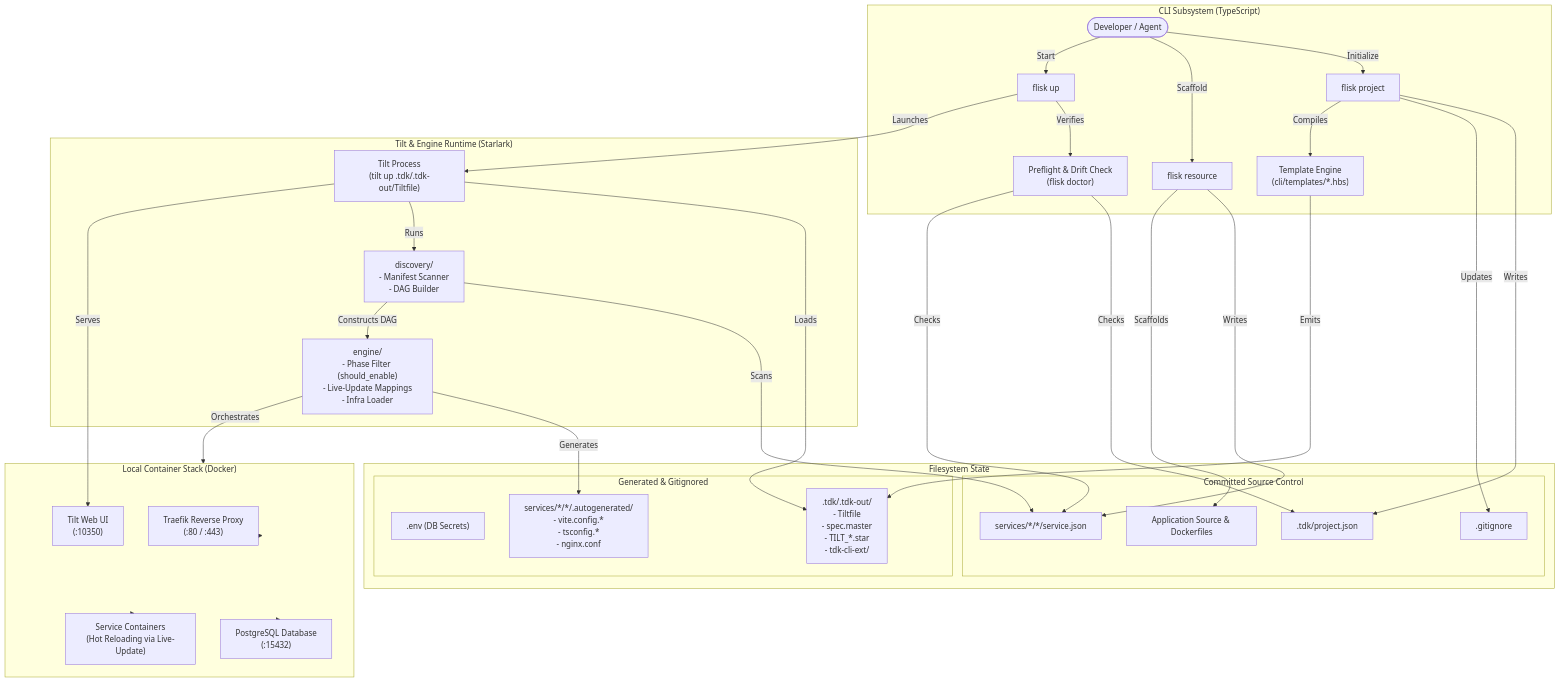
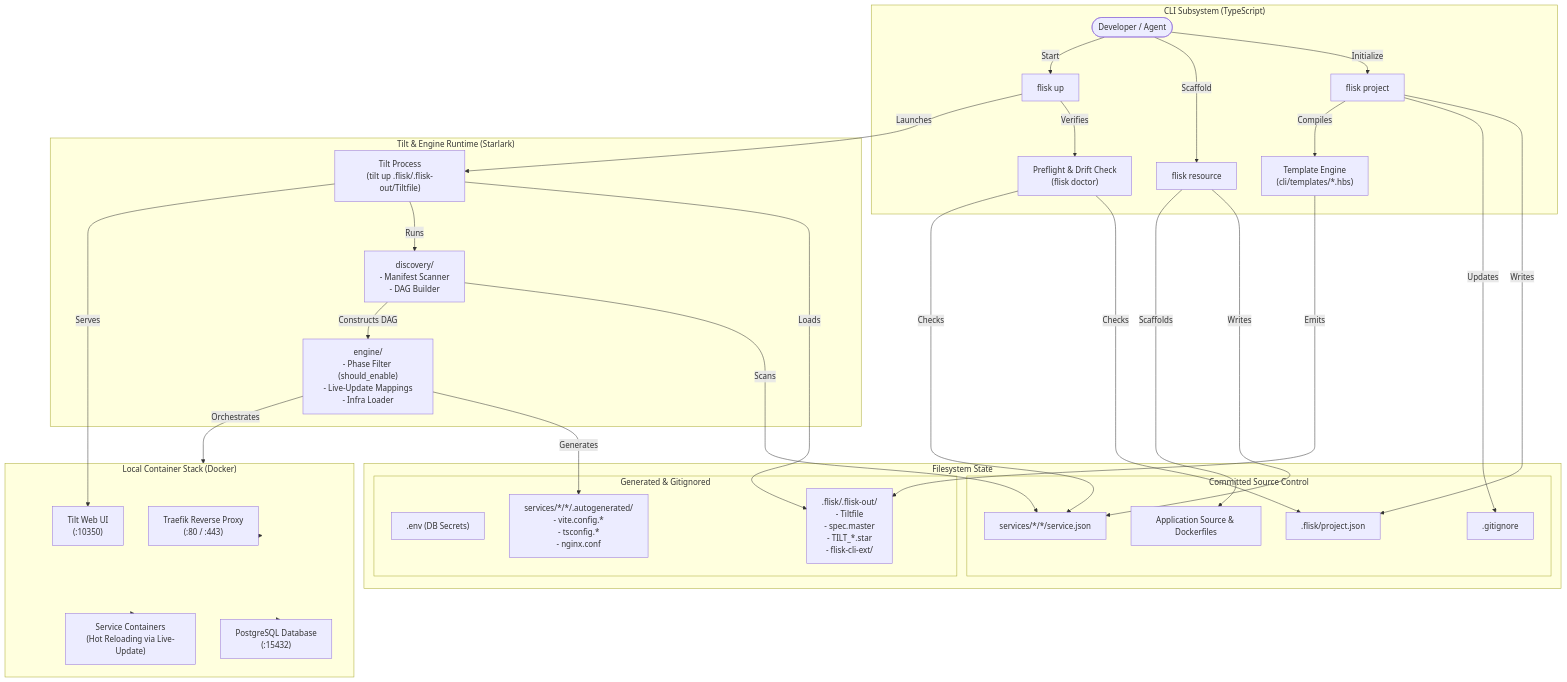
Before and after one commit to AK-Lmn/tdk-cli-core: the diagram in docs/ARCHITECTURE.md, drawn with Mermaid. The commit also changed other lines of this file and 777 other files, not shown here.

First line of the commit message:
chore: rename tdk to flisk across the repo (#2039)

````diff
--- a/docs/ARCHITECTURE.md
+++ b/docs/ARCHITECTURE.md
@@ -71,69 +71,69 @@
 ```mermaid
 flowchart TD
     subgraph CLI ["CLI Subsystem (TypeScript)"]
         User(["Developer / Agent"])
         CmdProject["flisk project"]
         CmdResource["flisk resource"]
         CmdUp["flisk up"]
         GenConfigs["Template Engine\n(cli/templates/*.hbs)"]
         Preflight["Preflight & Drift Check\n(flisk doctor)"]
     end
 
     subgraph FS ["Filesystem State"]
         subgraph Committed ["Committed Source Control"]
-            ProjJson[".tdk/project.json"]
+            ProjJson[".flisk/project.json"]
             SvcJson["services/*/*/service.json"]
             SrcCode["Application Source & Dockerfiles"]
             GitIgnore[".gitignore"]
         end
         subgraph Generated ["Generated & Gitignored"]
             DotEnv[".env (DB Secrets)"]
-            TdkOut[".tdk/.tdk-out/\n- Tiltfile\n- spec.master\n- TILT_*.star\n- tdk-cli-ext/"]
+            FliskOut[".flisk/.flisk-out/\n- Tiltfile\n- spec.master\n- TILT_*.star\n- flisk-cli-ext/"]
             SvcAuto["services/*/*/.autogenerated/\n- vite.config.*\n- tsconfig.*\n- nginx.conf"]
         end
     end
 
     subgraph Runtime ["Tilt & Engine Runtime (Starlark)"]
-        TiltExec["Tilt Process\n(tilt up .tdk/.tdk-out/Tiltfile)"]
+        TiltExec["Tilt Process\n(tilt up .flisk/.flisk-out/Tiltfile)"]
         Discovery["discovery/\n- Manifest Scanner\n- DAG Builder"]
         Engine["engine/\n- Phase Filter (should_enable)\n- Live-Update Mappings\n- Infra Loader"]
     end
 
     subgraph Containers ["Local Container Stack (Docker)"]
         Traefik["Traefik Reverse Proxy\n(:80 / :443)"]
         Postgres["PostgreSQL Database\n(:15432)"]
         UserServices["Service Containers\n(Hot Reloading via Live-Update)"]
         TiltUI["Tilt Web UI\n(:10350)"]
     end
 
     %% CLI interactions
     User -->|Initialize| CmdProject
     User -->|Scaffold| CmdResource
     User -->|Start| CmdUp
 
     CmdProject -->|Writes| ProjJson
     CmdProject -->|Updates| GitIgnore
     CmdProject -->|Compiles| GenConfigs
-    GenConfigs -->|Emits| TdkOut
+    GenConfigs -->|Emits| FliskOut
 
     CmdResource -->|Writes| SvcJson
     CmdResource -->|Scaffolds| SrcCode
 
     CmdUp -->|Verifies| Preflight
     Preflight -->|Checks| ProjJson
     Preflight -->|Checks| SvcJson
     CmdUp -->|Launches| TiltExec
 
     %% Runtime execution
-    TiltExec -->|Loads| TdkOut
+    TiltExec -->|Loads| FliskOut
     TiltExec -->|Runs| Discovery
     Discovery -->|Scans| SvcJson
     Discovery -->|Constructs DAG| Engine
     Engine -->|Generates| SvcAuto
     Engine -->|Orchestrates| Containers
 
     Containers --> Traefik
     Containers --> Postgres
     Containers --> UserServices
     TiltExec -->|Serves| TiltUI
 ```
````
